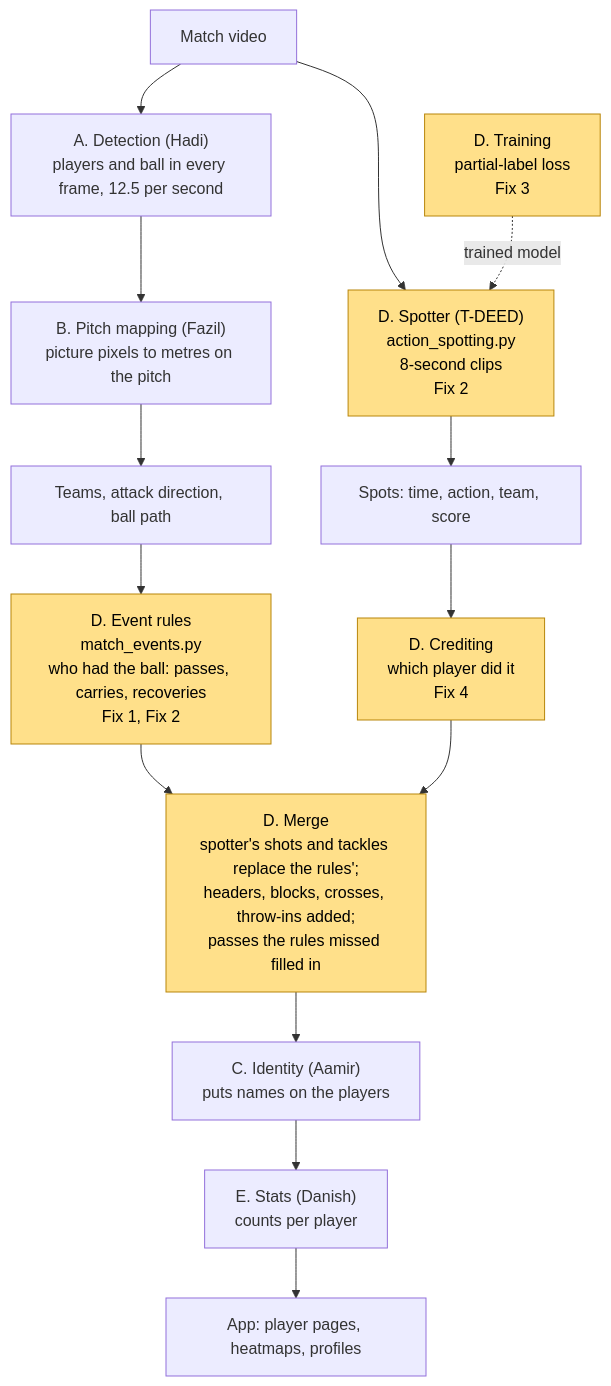
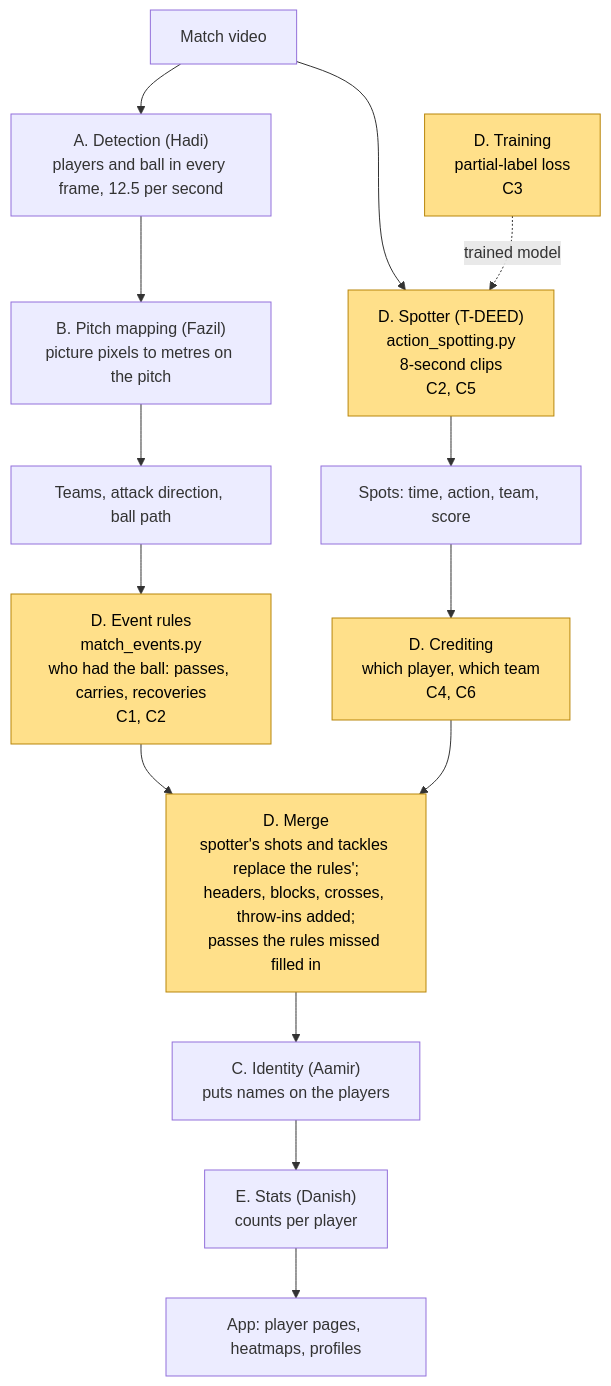
One commit to havochadi/AIFootballProfiler changed the first of 3 diagrams in README.md. Above: the diagram before and after it, drawn with Mermaid. The commit also changed other lines of this file, not shown here.

Commit message:
Describe the six changes with honest labels and add the spotter checks

````diff
--- a/README.md
+++ b/README.md
@@ -44,19 +46,19 @@
 ```mermaid
 flowchart TD
     V["Match video"] --> A["A. Detection (Hadi)<br>players and ball in every frame, 12.5 per second"]
     A --> B["B. Pitch mapping (Fazil)<br>picture pixels to metres on the pitch"]
     B --> T["Teams, attack direction, ball path"]
-    T --> R["D. Event rules<br>match_events.py<br>who had the ball: passes, carries, recoveries<br>Fix 1, Fix 2"]
-    V --> S["D. Spotter (T-DEED)<br>action_spotting.py<br>8-second clips<br>Fix 2"]
-    W["D. Training<br>partial-label loss<br>Fix 3"] -. trained model .-> S
+    T --> R["D. Event rules<br>match_events.py<br>who had the ball: passes, carries, recoveries<br>C1, C2"]
+    V --> S["D. Spotter (T-DEED)<br>action_spotting.py<br>8-second clips<br>C2, C5"]
+    W["D. Training<br>partial-label loss<br>C3"] -. trained model .-> S
     S --> J["Spots: time, action, team, score"]
-    J --> K["D. Crediting<br>which player did it<br>Fix 4"]
+    J --> K["D. Crediting<br>which player, which team<br>C4, C6"]
     R --> M["D. Merge<br>spotter's shots and tackles replace the rules';<br>headers, blocks, crosses, throw-ins added;<br>passes the rules missed filled in"]
     K --> M
     M --> C["C. Identity (Aamir)<br>puts names on the players"]
     C --> E["E. Stats (Danish)<br>counts per player"]
     E --> APP["App: player pages, heatmaps, profiles"]
 
     classDef groupD fill:#ffe08a,stroke:#b8860b,color:#000
     class R,S,W,K,M groupD
 ```
````
